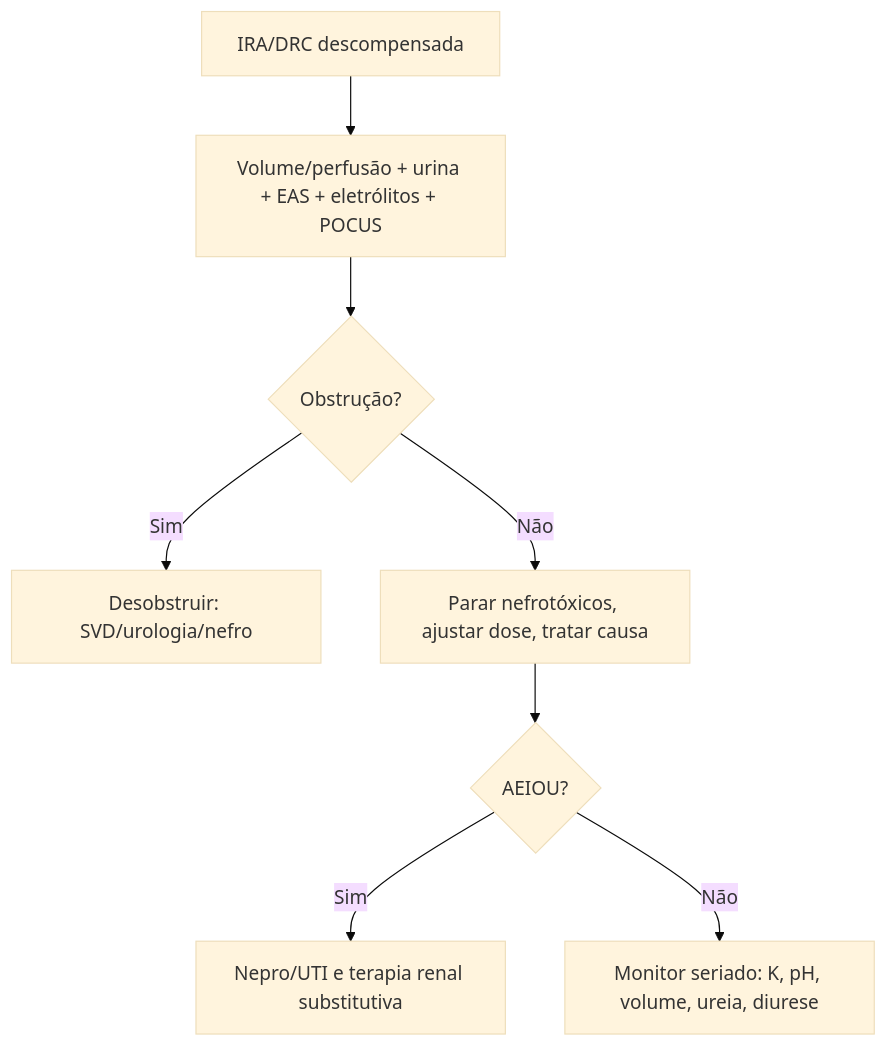
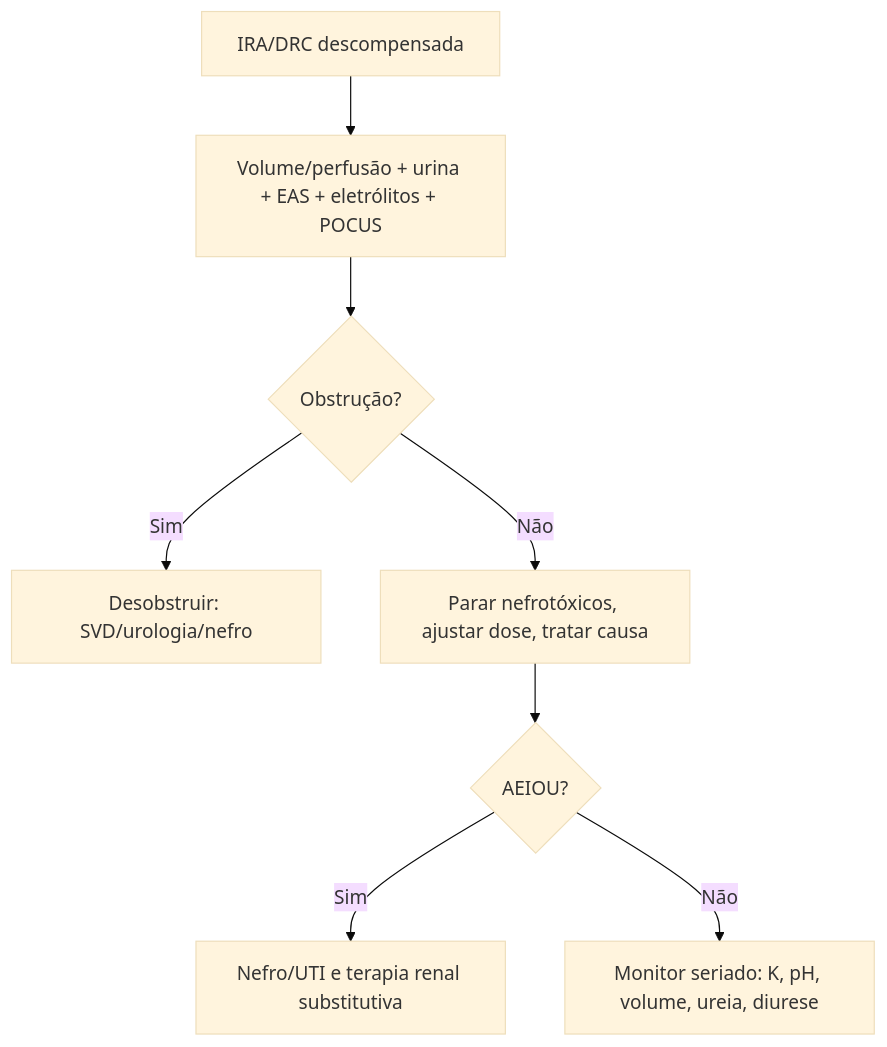
Before and after one commit to ThiagoPersona/emergencia26: the fourth of 4 diagrams in Intensivao/temas/011_disturbios-metabolicos-renais-gasometria.md, drawn with Mermaid (base theme). The commit also changed other lines of this file and 11 other files, not shown here.

````diff
--- a/Intensivao/temas/011_disturbios-metabolicos-renais-gasometria.md
+++ b/Intensivao/temas/011_disturbios-metabolicos-renais-gasometria.md
@@ -277,10 +281,10 @@
 ```mermaid
 flowchart TD
     A[IRA/DRC descompensada] --> B[Volume/perfusão + urina + EAS + eletrólitos + POCUS]
     B --> C{Obstrução?}
     C -->|Sim| D[Desobstruir: SVD/urologia/nefro]
     C -->|Não| E[Parar nefrotóxicos, ajustar dose, tratar causa]
     E --> F{AEIOU?}
-    F -->|Sim| G[Nepro/UTI e terapia renal substitutiva]
+    F -->|Sim| G[Nefro/UTI e terapia renal substitutiva]
     F -->|Não| H[Monitor seriado: K, pH, volume, ureia, diurese]
 ```
````
